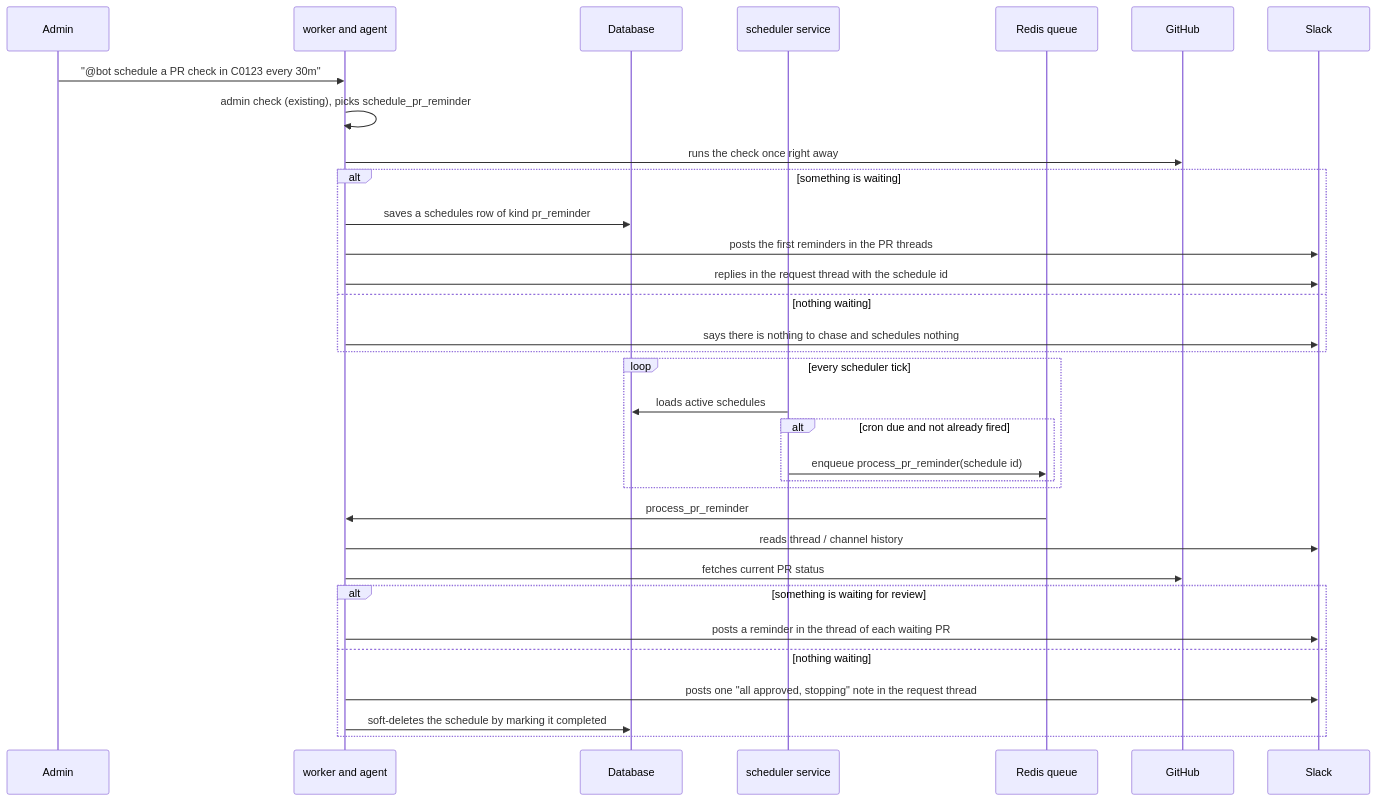
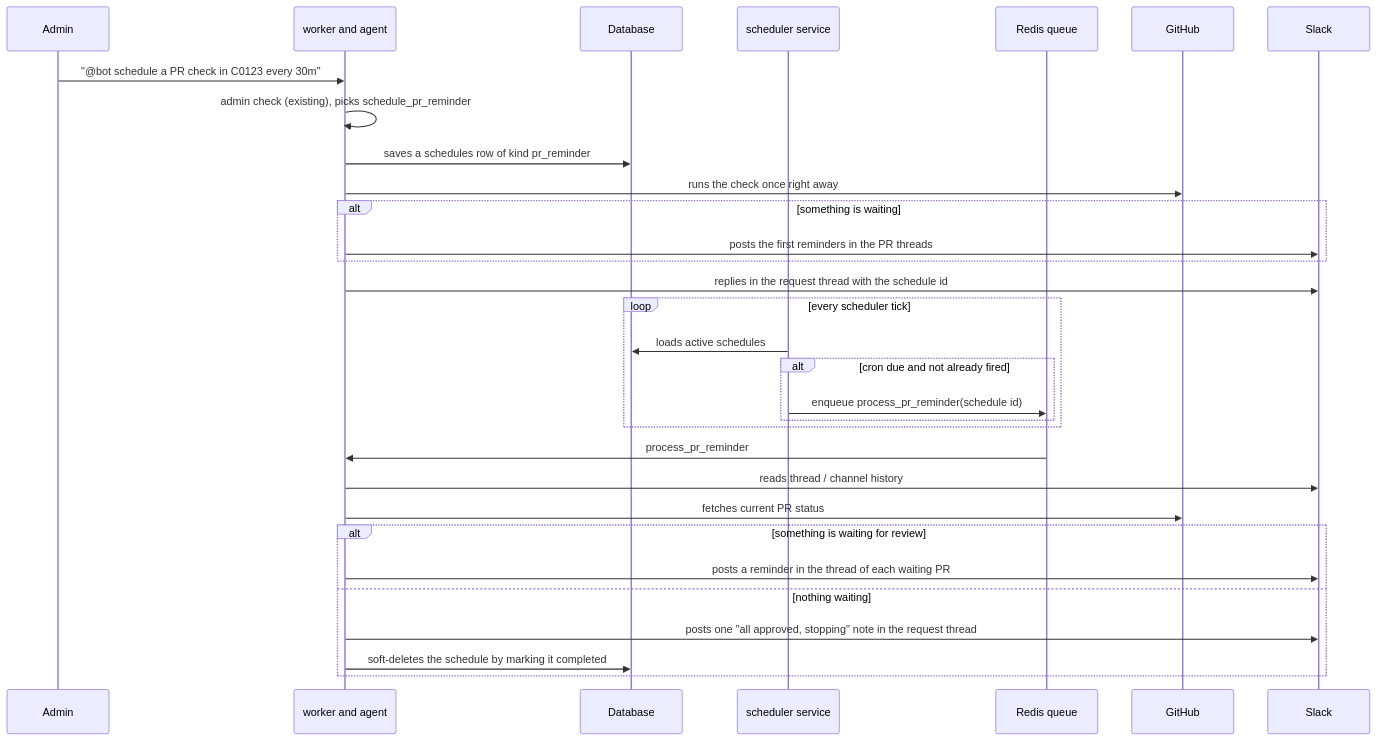
Before and after one commit to HungNguyen501/agentic-slack-bot: the second of 3 diagrams in docs/pr_review_reminders.md, drawn with Mermaid. The commit also changed other lines of this file and 23 other files, not shown here.

````diff
--- a/docs/pr_review_reminders.md
+++ b/docs/pr_review_reminders.md
@@ -97,38 +99,36 @@
 ```mermaid
 sequenceDiagram
     participant Admin
     participant Agent as worker and agent
     participant Database
     participant Scheduler as scheduler service
     participant Queue as Redis queue
     participant GitHub
     participant Slack
 
     Admin->>Agent: "@bot schedule a PR check in C0123 every 30m"
     Agent->>Agent: admin check (existing), picks schedule_pr_reminder
+    Agent->>Database: saves a schedules row of kind pr_reminder
     Agent->>GitHub: runs the check once right away
     alt something is waiting
-        Agent->>Database: saves a schedules row of kind pr_reminder
         Agent->>Slack: posts the first reminders in the PR threads
-        Agent->>Slack: replies in the request thread with the schedule id
-    else nothing waiting
-        Agent->>Slack: says there is nothing to chase and schedules nothing
     end
+    Agent->>Slack: replies in the request thread with the schedule id
 
     loop every scheduler tick
         Scheduler->>Database: loads active schedules
         alt cron due and not already fired
             Scheduler->>Queue: enqueue process_pr_reminder(schedule id)
         end
     end
 
     Queue->>Agent: process_pr_reminder
     Agent->>Slack: reads thread / channel history
     Agent->>GitHub: fetches current PR status
     alt something is waiting for review
         Agent->>Slack: posts a reminder in the thread of each waiting PR
     else nothing waiting
         Agent->>Slack: posts one "all approved, stopping" note in the request thread
         Agent->>Database: soft-deletes the schedule by marking it completed
     end
 ```
````
